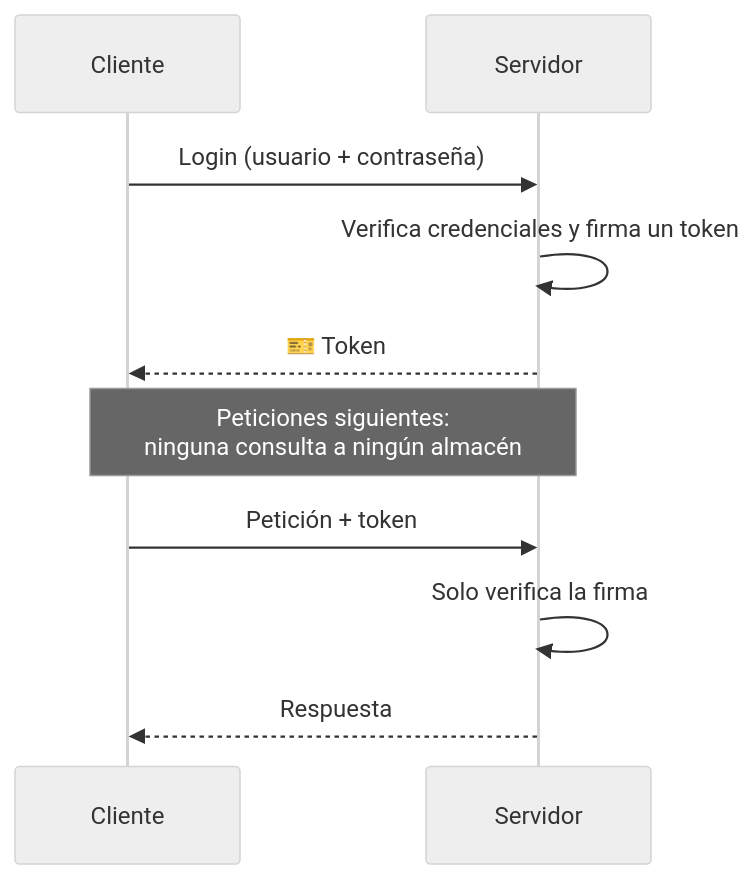
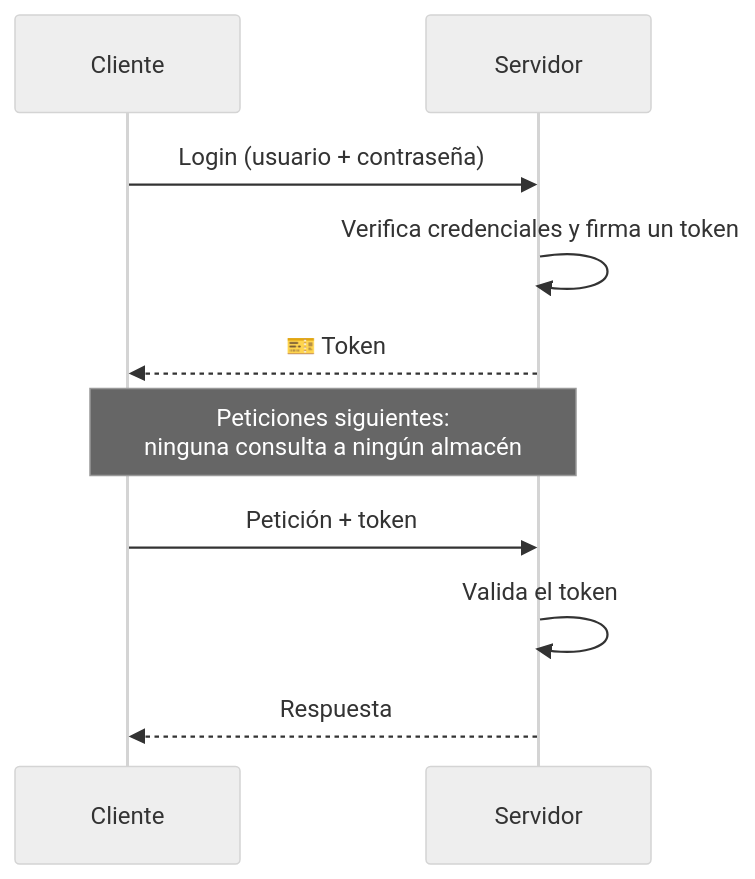
Before and after one commit to aitorventura/programacion-servicios-procesos: the second of 5 diagrams in docs/tema2/autenticacion-jwt.md, drawn with Mermaid (neutral theme). The commit also changed other lines of this file and 9 other files, not shown here.

````diff
--- a/docs/tema2/autenticacion-jwt.md
+++ b/docs/tema2/autenticacion-jwt.md
@@ -35,15 +35,15 @@
 ```mermaid
 sequenceDiagram
     participant Cliente
     participant Servidor
 
     Cliente->>Servidor: Login (usuario + contraseña)
     Servidor->>Servidor: Verifica credenciales y firma un token
     Servidor-->>Cliente: 🎫 Token
 
     Note over Cliente,Servidor: Peticiones siguientes:<br/>ninguna consulta a ningún almacén
 
     Cliente->>Servidor: Petición + token
-    Servidor->>Servidor: Solo verifica la firma
+    Servidor->>Servidor: Valida el token
     Servidor-->>Cliente: Respuesta
 ```
````
